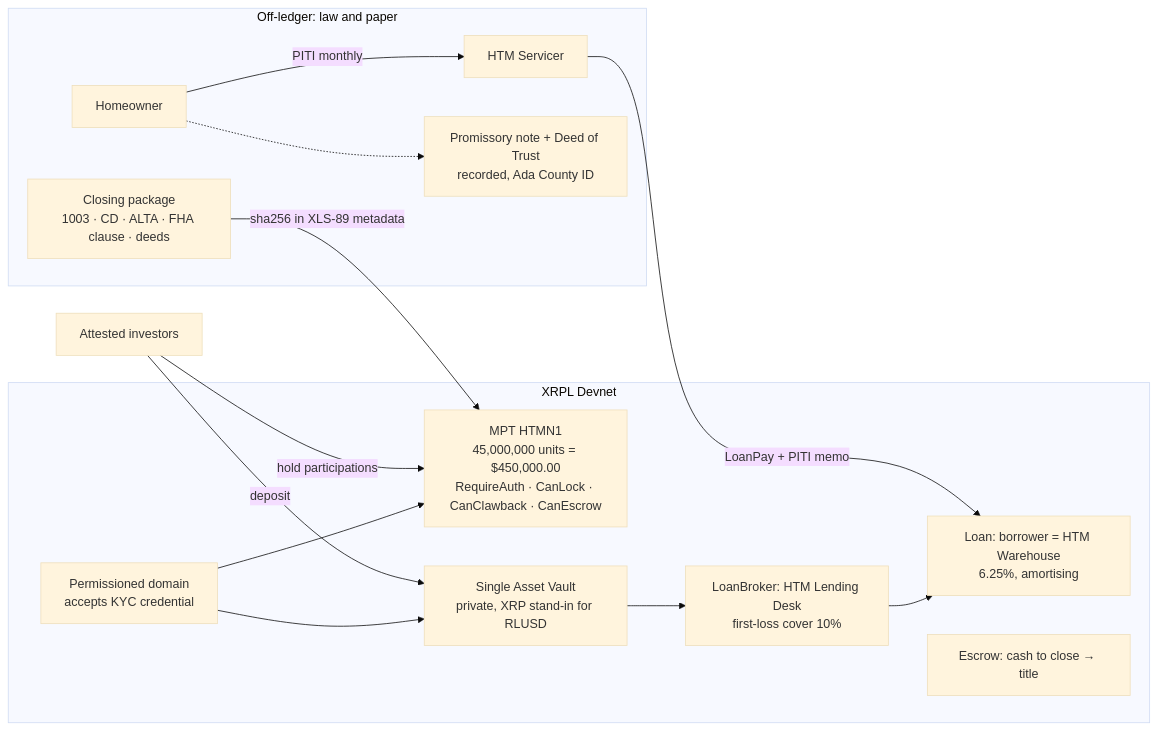
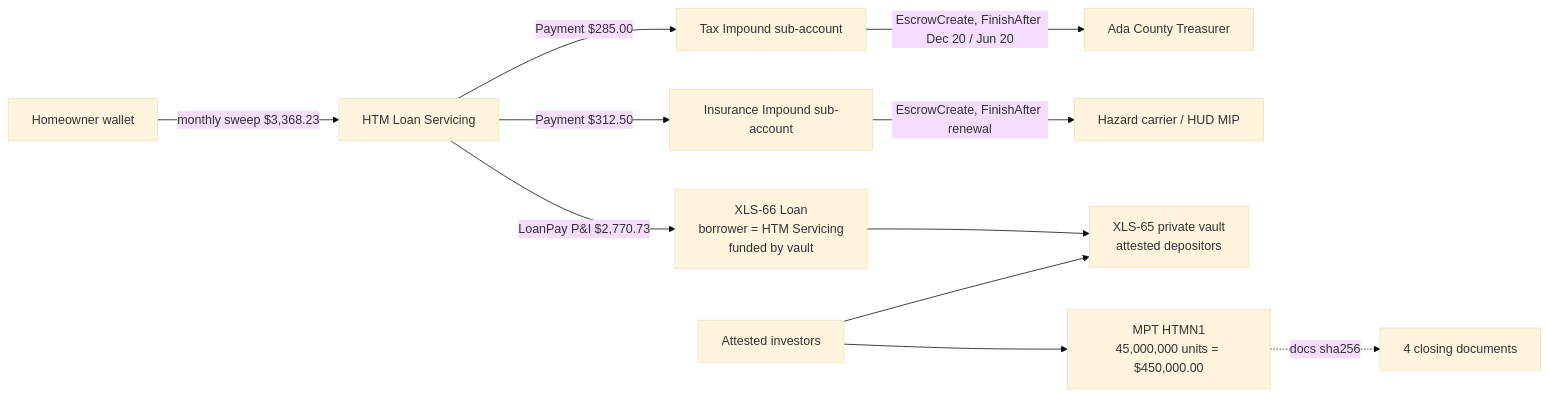
The diagram in README.md (vanfwilson/xrpl-mortgage-tokenizing-htm), drawn with Mermaid (base theme) before and after one commit. The commit also changed other lines of this file and 60 other files, not shown here.

````diff
--- a/README.md
+++ b/README.md
@@ -36,24 +53,13 @@
 ```mermaid
 flowchart LR
-  subgraph offchain[Off-ledger: law and paper]
-    HO[Homeowner] -->|PITI monthly| SV[HTM Servicer]
-    NOTE[Promissory note + Deed of Trust\nrecorded, Ada County ID]
-    DOCS[Closing package\n1003 · CD · ALTA · FHA clause · deeds]
-  end
-  subgraph onchain[XRPL Devnet]
-    MPT[MPT HTMN1\n45,000,000 units = $450,000.00\nRequireAuth · CanLock · CanClawback · CanEscrow]
-    DOM[Permissioned domain\naccepts KYC credential]
-    VAULT[Single Asset Vault\nprivate, XRP stand-in for RLUSD]
-    LB[LoanBroker: HTM Lending Desk\nfirst-loss cover 10%]
-    LOAN[Loan: borrower = HTM Warehouse\n6.25%, amortising]
-    ESC[Escrow: cash to close → title]
-  end
-  DOCS -->|sha256 in XLS-89 metadata| MPT
-  DOM --> MPT
-  DOM --> VAULT
-  VAULT --> LB --> LOAN
-  SV -->|LoanPay + PITI memo| LOAN
-  INV[Attested investors] -->|hold participations| MPT
-  INV -->|deposit| VAULT
-  HO -.-> NOTE
+  HO[Homeowner wallet] -->|monthly sweep $3,368.23| SV[HTM Loan Servicing]
+  SV -->|LoanPay P&I $2,770.73| LOAN[XLS-66 Loan<br/>borrower = HTM Servicing<br/>funded by vault]
+  SV -->|Payment $285.00| TAX[Tax Impound sub-account]
+  SV -->|Payment $312.50| INS[Insurance Impound sub-account]
+  TAX -->|EscrowCreate, FinishAfter Dec 20 / Jun 20| CTY[Ada County Treasurer]
+  INS -->|EscrowCreate, FinishAfter renewal| CAR[Hazard carrier / HUD MIP]
+  LOAN --> VAULT[XLS-65 private vault<br/>attested depositors]
+  MPT[MPT HTMN1<br/>45,000,000 units = $450,000.00] -.docs sha256.-> DOCS[4 closing documents]
+  INV[Attested investors] --> MPT
+  INV --> VAULT
 ```
````
